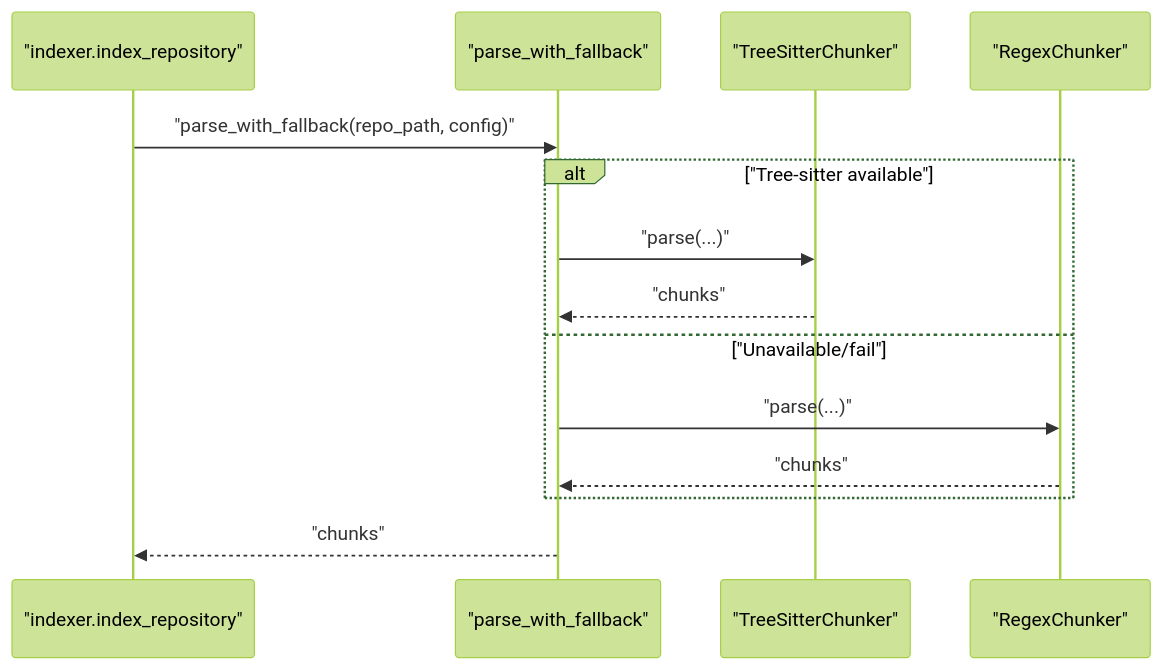
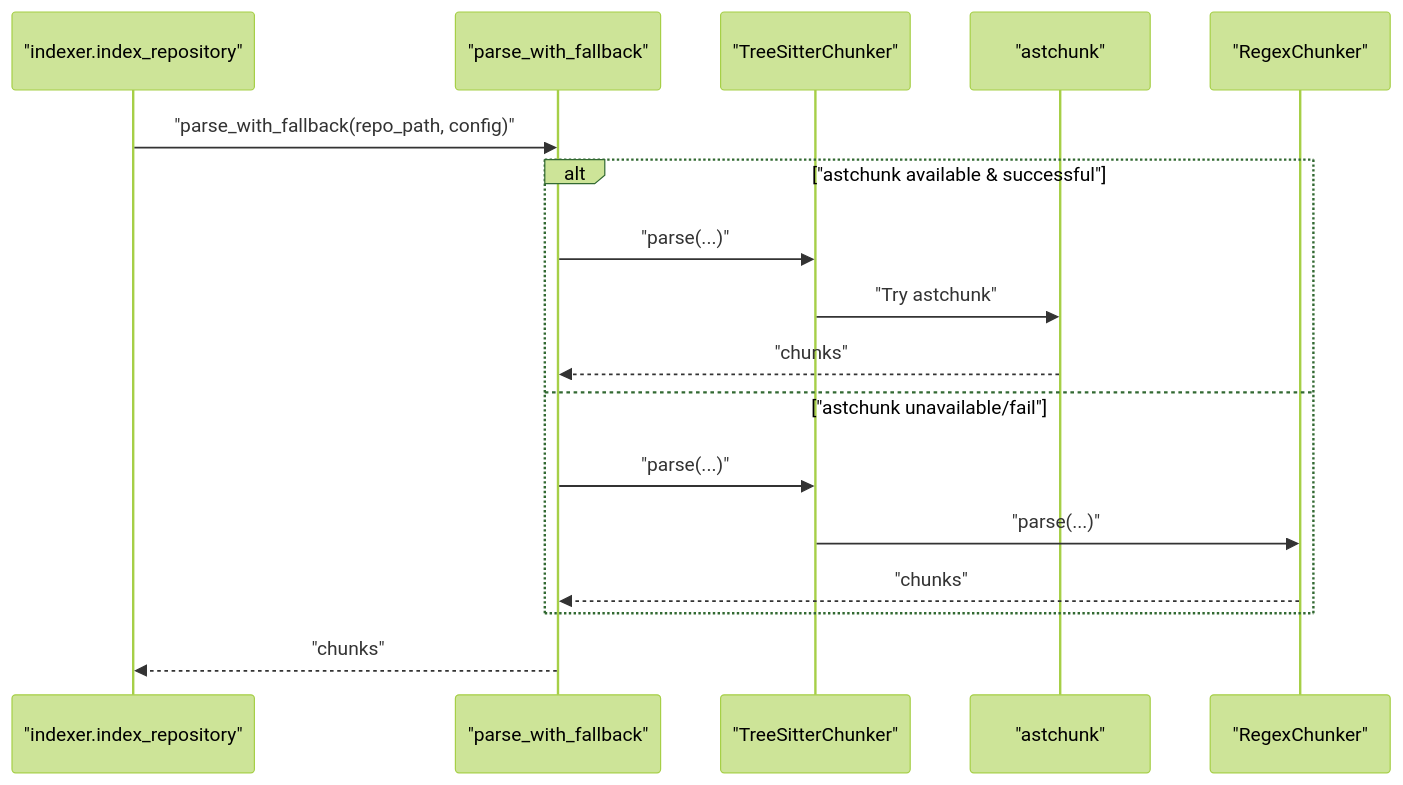
Before and after one commit to maemreyo/zmr-ctx-paker: the ninth of 10 diagrams in .qoder/repowiki/en/content/Core Modules/Chunker System/Chunker System.md, drawn with Mermaid (forest theme). The commit also changed other lines of this file and 94 other files, not shown here.

````diff
--- a/.qoder/repowiki/en/content/Core Modules/Chunker System/Chunker System.md
+++ b/.qoder/repowiki/en/content/Core Modules/Chunker System/Chunker System.md
@@ -309,16 +359,19 @@
 ```mermaid
 sequenceDiagram
 participant WF as "indexer.index_repository"
 participant API as "parse_with_fallback"
-participant TS as "TreeSitterChunker"
+participant AST as "TreeSitterChunker"
+participant ASTC as "astchunk"
 participant REGEX as "RegexChunker"
 WF->>API : "parse_with_fallback(repo_path, config)"
-alt "Tree-sitter available"
-API->>TS : "parse(...)"
-TS-->>API : "chunks"
-else "Unavailable/fail"
-API->>REGEX : "parse(...)"
+alt "astchunk available & successful"
+API->>AST : "parse(...)"
+AST->>ASTC : "Try astchunk"
+ASTC-->>API : "chunks"
+else "astchunk unavailable/fail"
+API->>AST : "parse(...)"
+AST->>REGEX : "parse(...)"
 REGEX-->>API : "chunks"
 end
 API-->>WF : "chunks"
 ```
````
